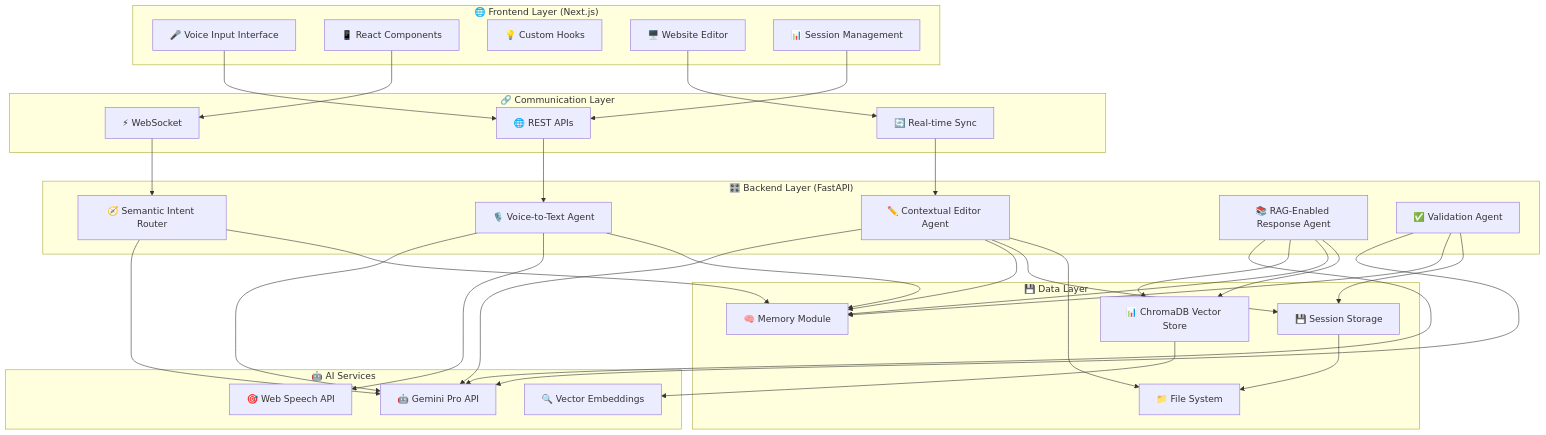
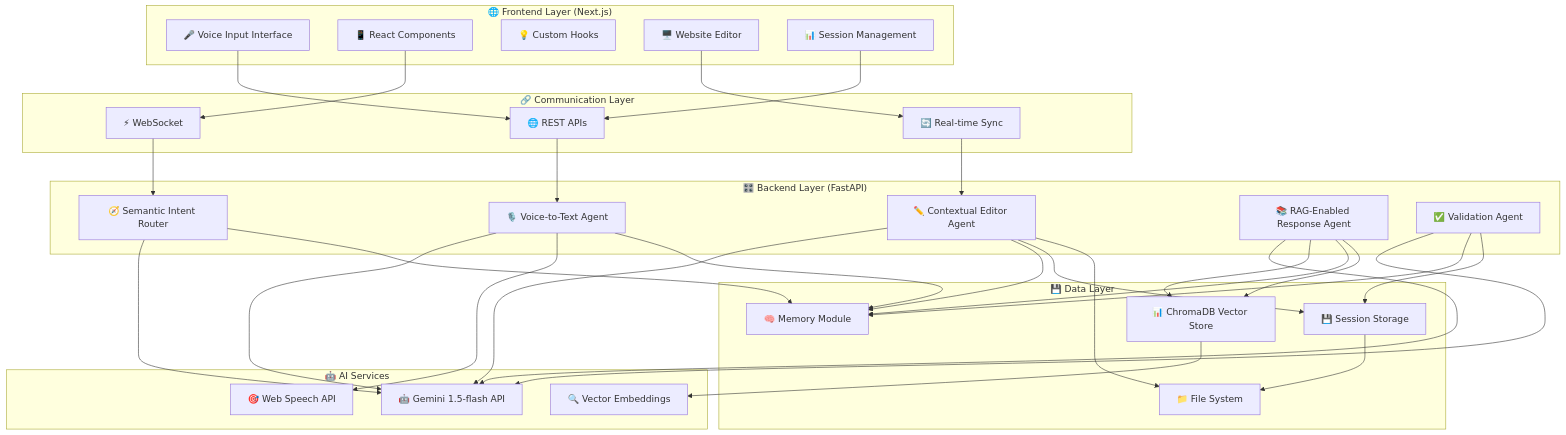
One commit to NithishKumarsl786snsihub/Agentic_Al_Workshop changed the first of 5 diagrams in Day-10/Final Hackathon/README.md. Above: the diagram before and after it, drawn with Mermaid. The commit also changed other lines of this file, not shown here.

````diff
--- a/Day-10/Final Hackathon/README.md
+++ b/Day-10/Final Hackathon/README.md
@@ -28,68 +28,68 @@
 ```mermaid
 graph TB
     subgraph "🌐 Frontend Layer (Next.js)"
         A[🎤 Voice Input Interface]
         B[📱 React Components]
         C[💡 Custom Hooks]
         D[🖥️ Website Editor]
         E[📊 Session Management]
     end
     
     subgraph "🔗 Communication Layer"
         F[🌐 REST APIs]
         G[⚡ WebSocket]
         H[🔄 Real-time Sync]
     end
     
     subgraph "🎛️ Backend Layer (FastAPI)"
         I[🎙️ Voice-to-Text Agent]
         J[🧭 Semantic Intent Router]
         K[✏️ Contextual Editor Agent]
         L[📚 RAG-Enabled Response Agent]
         M[✅ Validation Agent]
     end
     
     subgraph "💾 Data Layer"
         N[📊 ChromaDB Vector Store]
         O[💾 Session Storage]
         P[📁 File System]
         Q[🧠 Memory Module]
     end
     
     subgraph "🤖 AI Services"
-        R[🤖 Gemini Pro API]
+        R[🤖 Gemini 1.5-flash API]
         S[🎯 Web Speech API]
         T[🔍 Vector Embeddings]
     end
     
     A --> F
     B --> G
     D --> H
     E --> F
     
     F --> I
     G --> J
     H --> K
     
     I --> R
     I --> S
     J --> R
     K --> R
     L --> R
     L --> N
     M --> R
     
     I --> Q
     J --> Q
     K --> Q
     L --> Q
     M --> Q
     
     K --> O
     K --> P
     L --> N
     M --> O
     
     N --> T
     O --> P
 ```
````
